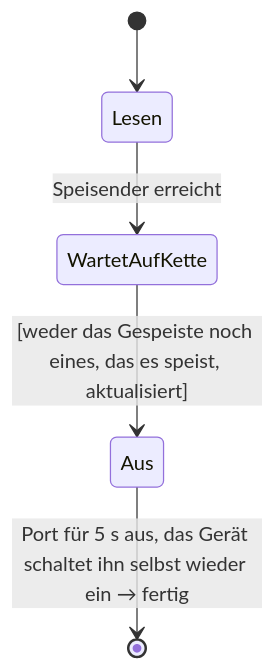
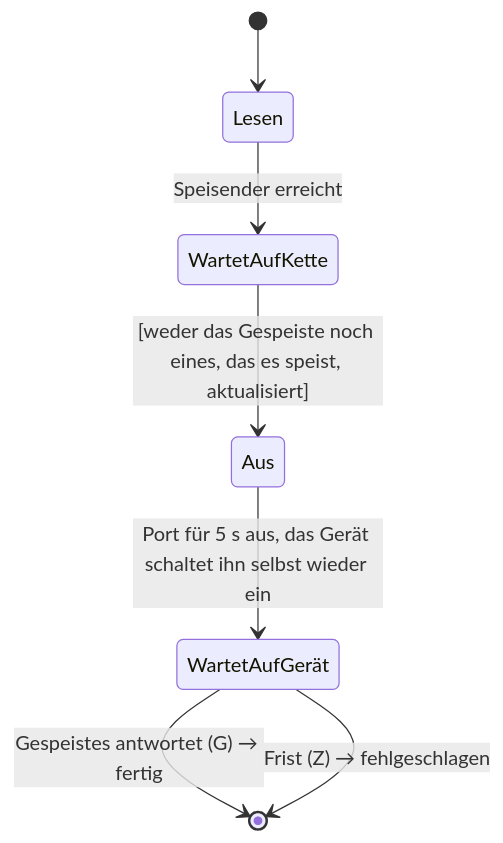
The sixth of 10 diagrams in docs/concepts/device-state.md (koa/netbox-provisioner), drawn with Mermaid before and after one commit. The commit also changed other lines of this file and 6 other files, not shown here.

````diff
--- a/docs/concepts/device-state.md
+++ b/docs/concepts/device-state.md
@@ -370,7 +370,9 @@
 ```mermaid
 stateDiagram-v2
     [*] --> Lesen
     Lesen --> WartetAufKette: Speisender erreicht
     WartetAufKette --> Aus: [weder das Gespeiste noch eines, das es speist, aktualisiert]
-    Aus --> [*]: Port für 5 s aus, das Gerät schaltet ihn selbst wieder ein → fertig
+    Aus --> WartetAufGerät: Port für 5 s aus, das Gerät schaltet ihn selbst wieder ein
+    WartetAufGerät --> [*]: Gespeistes antwortet (G) → fertig
+    WartetAufGerät --> [*]: Frist (Z) → fehlgeschlagen
 ```
````
